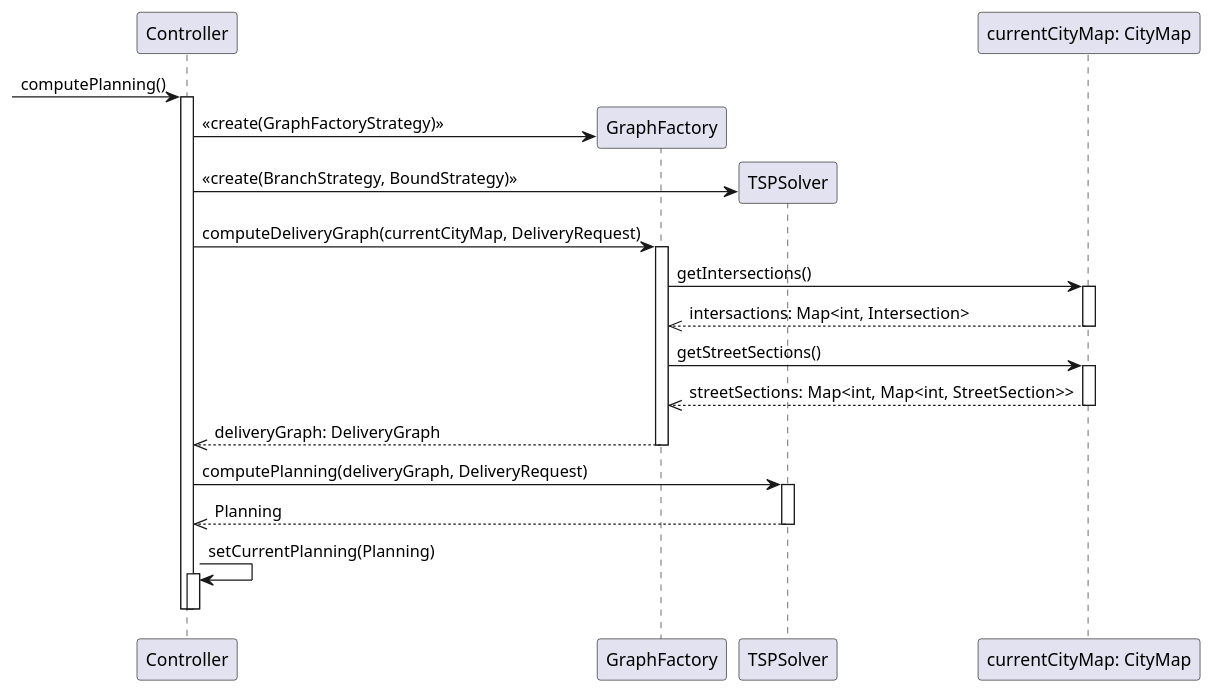
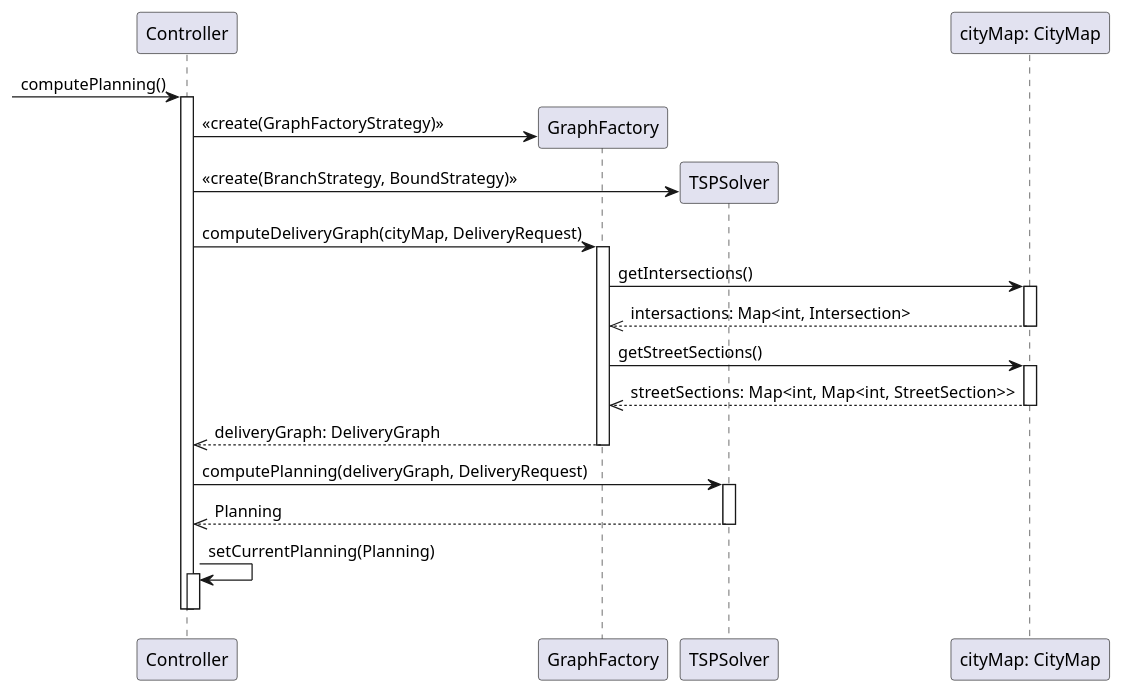
One commit to if-h4102/pld-agile changed the diagram in docs/uml/sequence-diagram-planning.puml. Above: the diagram before and after it, drawn with PlantUML. The commit also changed 9 other files, not shown here.

Commit message:
Compute delivery graph from GUI

```diff
--- a/docs/uml/sequence-diagram-planning.puml
+++ b/docs/uml/sequence-diagram-planning.puml
@@ -1,49 +1,49 @@
 @startuml
 participant "Controller" as Ctrl
 participant "GraphFactory" as GF
 participant "TSPSolver" as TSPS
-participant "currentCityMap: CityMap" as CM
+participant "cityMap: CityMap" as CM
 
 
 [-> Ctrl: computePlanning()
 activate Ctrl
 
 'Instanciate with a strategy
 create GF
 Ctrl -> GF: <<create(GraphFactoryStrategy)>>
 'Instanciate with a strategy
 create TSPS
 Ctrl -> TSPS: <<create(BranchStrategy, BoundStrategy)>>
 
 
-Ctrl -> GF: computeDeliveryGraph(currentCityMap, DeliveryRequest)
+Ctrl -> GF: computeDeliveryGraph(cityMap, DeliveryRequest)
 activate GF
 
 GF -> CM: getIntersections()
 activate CM
 GF <<-- CM: intersactions: Map<int, Intersection>
 deactivate CM
 
 GF -> CM: getStreetSections()
 activate CM
 GF <<-- CM: streetSections: Map<int,  Map<int, StreetSection>>
 deactivate CM
 
 Ctrl <<-- GF: deliveryGraph: DeliveryGraph
 deactivate GF
 
 
 Ctrl -> TSPS: computePlanning(deliveryGraph, DeliveryRequest)
 activate TSPS
 Ctrl <<-- TSPS: Planning
 deactivate TSPS
 
 
 
 Ctrl -> Ctrl: setCurrentPlanning(Planning)
 activate Ctrl
 deactivate Ctrl
 
 deactivate Ctrl
 
 @enduml
```
